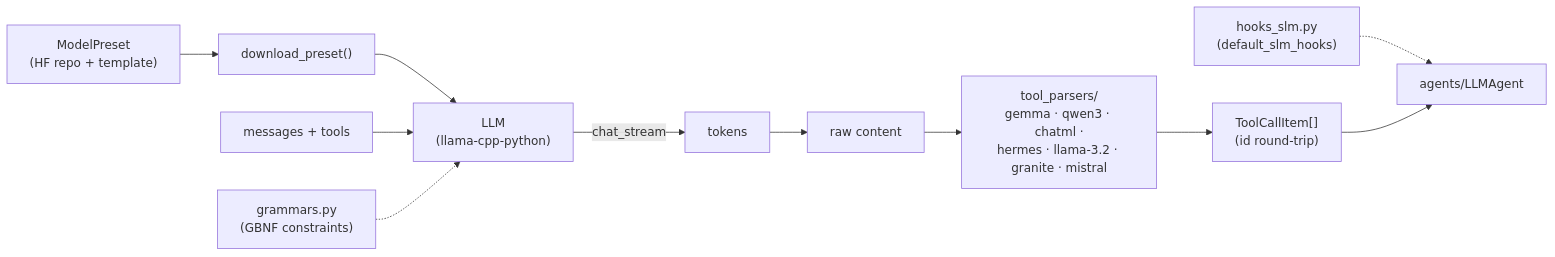
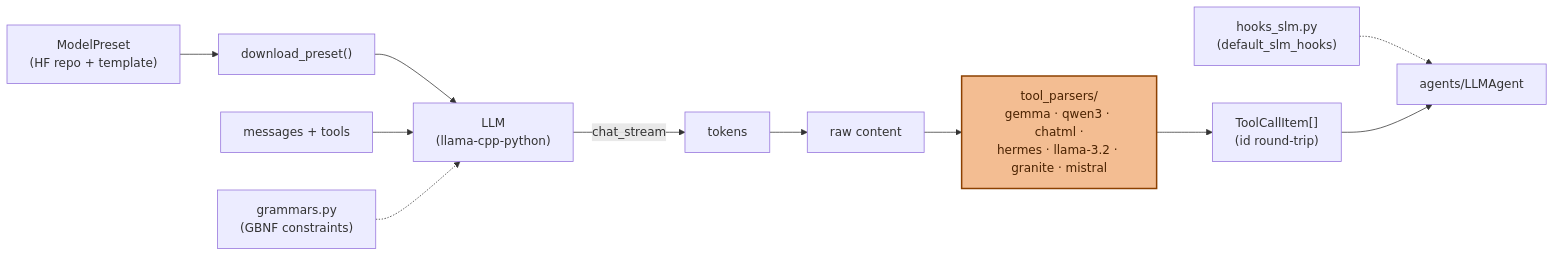
Before and after one commit to vietanhdev/edgevox: the sixth of 10 diagrams in docs/documentation/components.md, drawn with Mermaid. The commit also changed other lines of this file and 10 other files, not shown here.

````diff
--- a/docs/documentation/components.md
+++ b/docs/documentation/components.md
@@ -184,16 +194,18 @@
 ```mermaid
 flowchart LR
     PRESET["ModelPreset<br/>(HF repo + template)"] --> DL["download_preset()"]
     DL --> LLM["LLM<br/>(llama-cpp-python)"]
 
     MSGS[messages + tools] --> LLM
     LLM -->|chat_stream| TOKENS[tokens]
     TOKENS --> RAW[raw content]
 
     RAW --> PARSERS["tool_parsers/<br/>gemma · qwen3 · chatml ·<br/>hermes · llama-3.2 · granite · mistral"]
     PARSERS --> CALLS["ToolCallItem[]<br/>(id round-trip)"]
 
     GBNF["grammars.py<br/>(GBNF constraints)"] -.-> LLM
     HSLM["hooks_slm.py<br/>(default_slm_hooks)"] -.-> AGENT["agents/LLMAgent"]
     CALLS --> AGENT
+    classDef focal fill:#f3bd92,stroke:#8c4000,color:#4a2200,stroke-width:2px
+    class PARSERS focal
 ```
````
